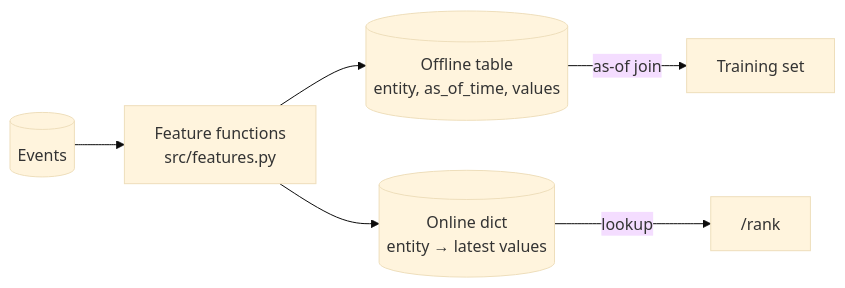
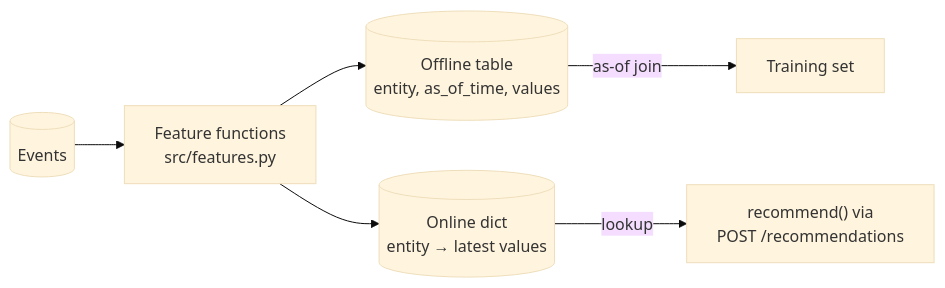
Before and after one commit to karanveersingh5623/adtech-mlops: the fourth of 5 diagrams in docs/ARCHITECTURE.md, drawn with Mermaid (base theme). The commit also changed other lines of this file and 2 other files, not shown here.

````diff
--- a/docs/ARCHITECTURE.md
+++ b/docs/ARCHITECTURE.md
@@ -125,8 +140,8 @@
 ```mermaid
 flowchart LR
     EVT[("Events")] --> FN["Feature functions<br/>src/features.py"]
     FN --> OFF[("Offline table<br/>entity, as_of_time, values")]
     FN --> ON[("Online dict<br/>entity → latest values")]
     OFF -- as-of join --> TRAIN["Training set"]
-    ON -- lookup --> API["/rank"]
+    ON -- lookup --> API["recommend() via<br/>POST /recommendations"]
 ```
````
